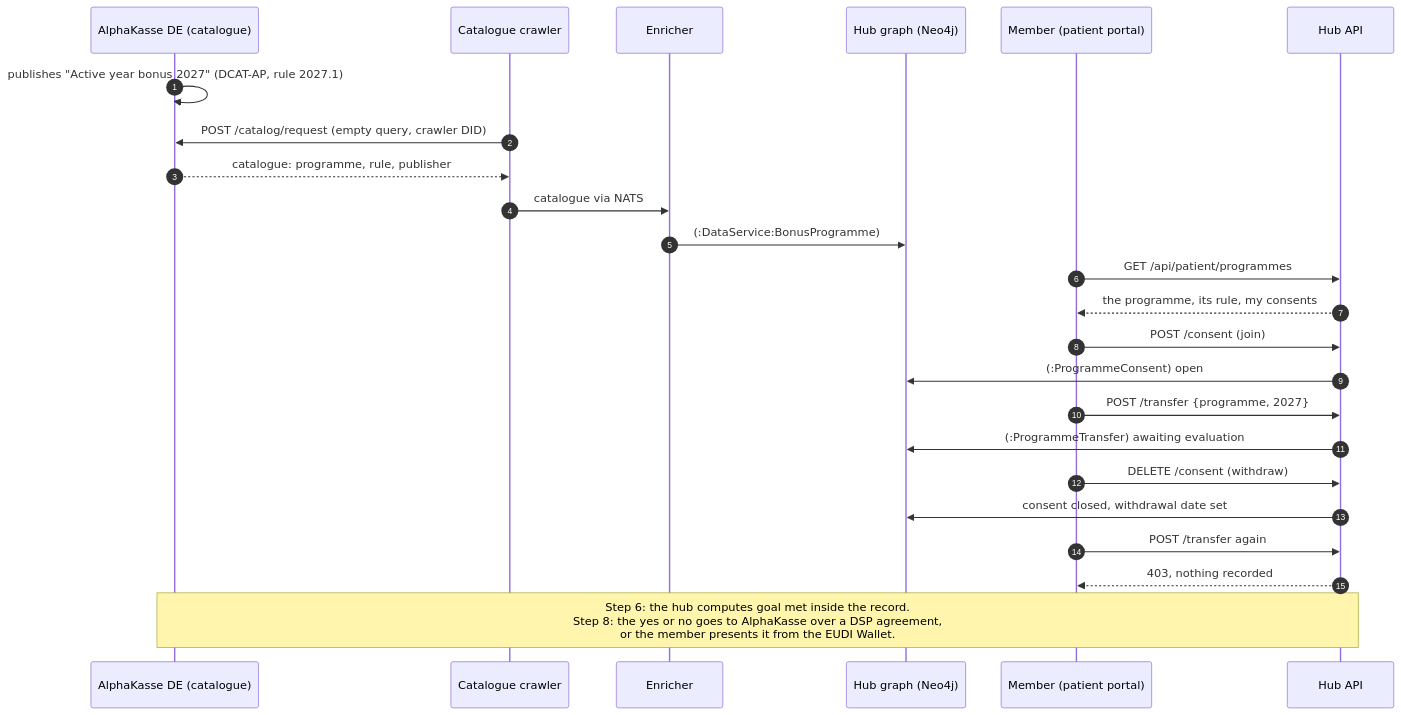
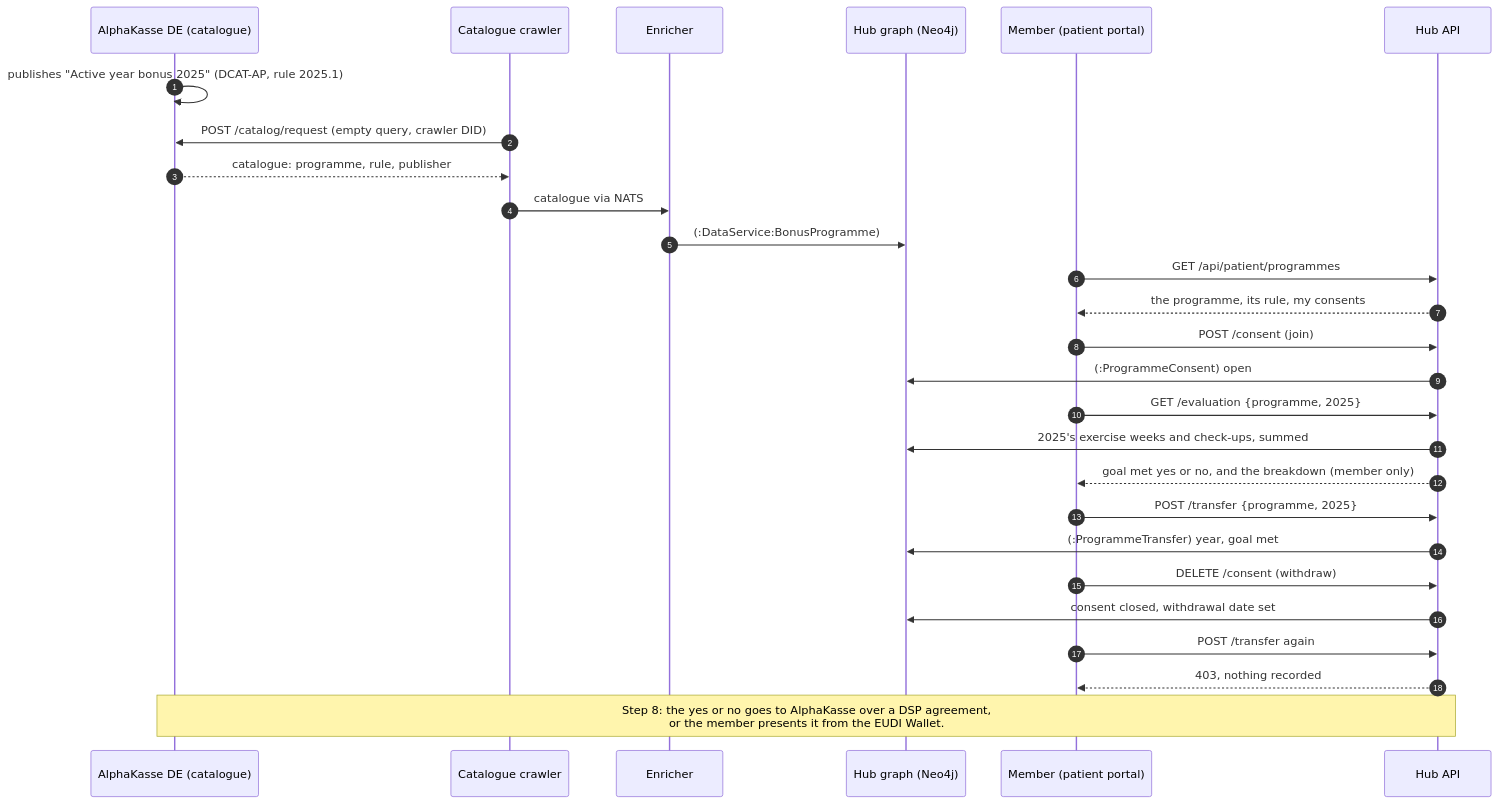
Before and after one commit to ma3u/MinimumViableHealthDataspacev2: the diagram in docs/ehds/bonus-programme-data-flow.md, drawn with Mermaid. The commit also changed other lines of this file and 55 other files, not shown here.

First line of the commit message:
feat(934): the hub works out goal met for an ended bonus year, and the member sees it first (step 6)

````diff
--- a/docs/ehds/bonus-programme-data-flow.md
+++ b/docs/ehds/bonus-programme-data-flow.md
@@ -34,27 +34,30 @@
 ```mermaid
 sequenceDiagram
     autonumber
     participant AK as AlphaKasse DE (catalogue)
     participant CR as Catalogue crawler
     participant EN as Enricher
     participant G as Hub graph (Neo4j)
     participant M as Member (patient portal)
     participant H as Hub API
 
-    AK->>AK: publishes "Active year bonus 2027" (DCAT-AP, rule 2027.1)
+    AK->>AK: publishes "Active year bonus 2025" (DCAT-AP, rule 2025.1)
     CR->>AK: POST /catalog/request (empty query, crawler DID)
     AK-->>CR: catalogue: programme, rule, publisher
     CR->>EN: catalogue via NATS
     EN->>G: (:DataService:BonusProgramme)
     M->>H: GET /api/patient/programmes
     H-->>M: the programme, its rule, my consents
     M->>H: POST /consent (join)
     H->>G: (:ProgrammeConsent) open
-    M->>H: POST /transfer {programme, 2027}
-    H->>G: (:ProgrammeTransfer) awaiting evaluation
+    M->>H: GET /evaluation {programme, 2025}
+    H->>G: 2025's exercise weeks and check-ups, summed
+    H-->>M: goal met yes or no, and the breakdown (member only)
+    M->>H: POST /transfer {programme, 2025}
+    H->>G: (:ProgrammeTransfer) year, goal met
     M->>H: DELETE /consent (withdraw)
     H->>G: consent closed, withdrawal date set
     M->>H: POST /transfer again
     H-->>M: 403, nothing recorded
-    Note over H,AK: Step 6: the hub computes goal met inside the record.<br/>Step 8: the yes or no goes to AlphaKasse over a DSP agreement,<br/>or the member presents it from the EUDI Wallet.
+    Note over H,AK: Step 8: the yes or no goes to AlphaKasse over a DSP agreement,<br/>or the member presents it from the EUDI Wallet.
 ```
````
